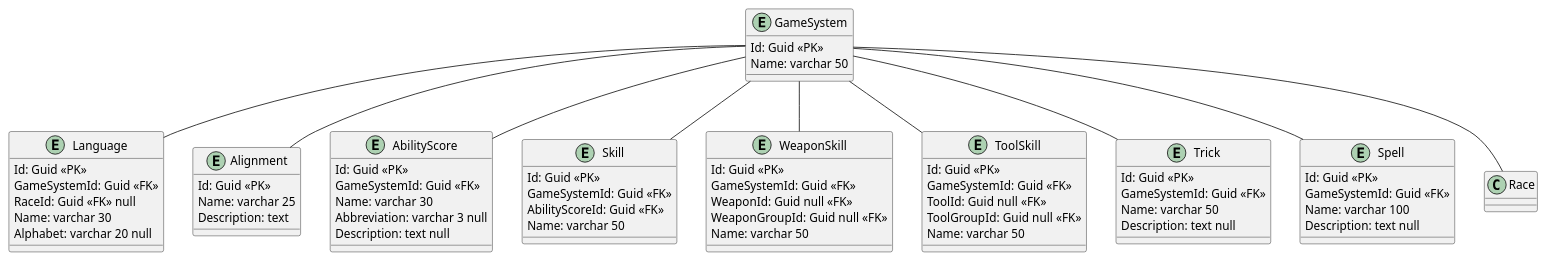
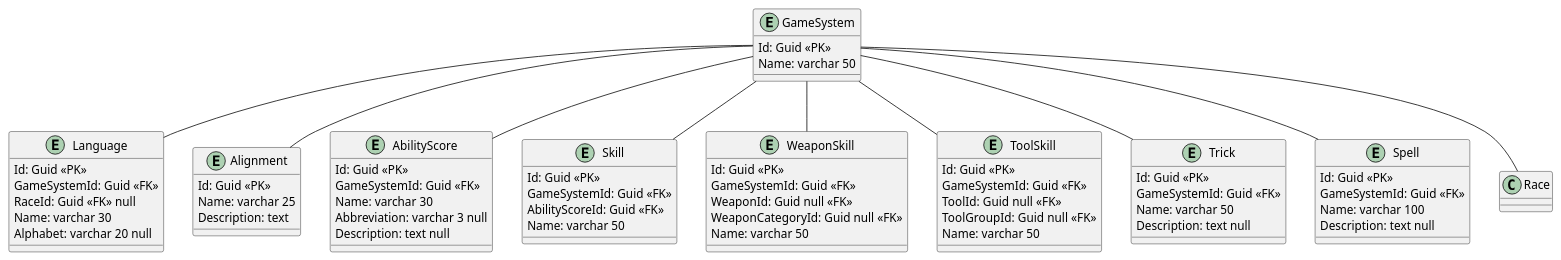
Before and after one commit to LucasZottis/RPGManager: the diagram in Diagrams/General_Diagram.puml, drawn with PlantUML. The commit also changed 2 other files, not shown here.

```diff
--- a/Diagrams/General_Diagram.puml
+++ b/Diagrams/General_Diagram.puml
@@ -1,75 +1,75 @@
 @startuml General
 entity GameSystem {
     Id: Guid <<PK>>
     Name: varchar 50
 }
 
 entity Language {
     Id: Guid <<PK>>
     GameSystemId: Guid <<FK>>
     RaceId: Guid <<FK>> null
     Name: varchar 30
     Alphabet: varchar 20 null
 }
 
 entity Alignment {
     Id: Guid <<PK>>
     Name: varchar 25
     Description: text
 }
 
 entity AbilityScore {
     Id: Guid <<PK>>
     GameSystemId: Guid <<FK>>
     Name: varchar 30
     Abbreviation: varchar 3 null
     Description: text null
 }
 
 entity Skill {
     Id: Guid <<PK>>
     GameSystemId: Guid <<FK>>
     AbilityScoreId: Guid <<FK>>
     Name: varchar 50
 }
 
 entity WeaponSkill {
     Id: Guid <<PK>>
     GameSystemId: Guid <<FK>>
     WeaponId: Guid null <<FK>>
-    WeaponGroupId: Guid null <<FK>>
+    WeaponCategoryId: Guid null <<FK>>
     Name: varchar 50
 }
 
 entity ToolSkill {
     Id: Guid <<PK>>
     GameSystemId: Guid <<FK>>
     ToolId: Guid null <<FK>>
     ToolGroupId: Guid null <<FK>>
     Name: varchar 50
 }
 
 entity Trick {
     Id: Guid <<PK>>
     GameSystemId: Guid <<FK>>
     Name: varchar 50
     Description: text null
 }
 
 entity Spell {
     Id: Guid <<PK>>
     GameSystemId: Guid <<FK>>
     Name: varchar 100
     Description: text null
 }
 
 GameSystem -- Race
 GameSystem -- Language
 GameSystem -- AbilityScore
 GameSystem -- Alignment
 GameSystem -- Skill
 GameSystem -- WeaponSkill
 GameSystem -- ToolSkill
 GameSystem -- Trick
 GameSystem -- Spell
 @enduml
```
